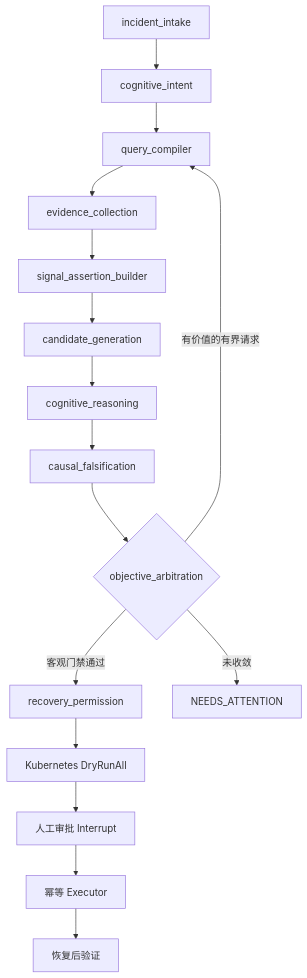
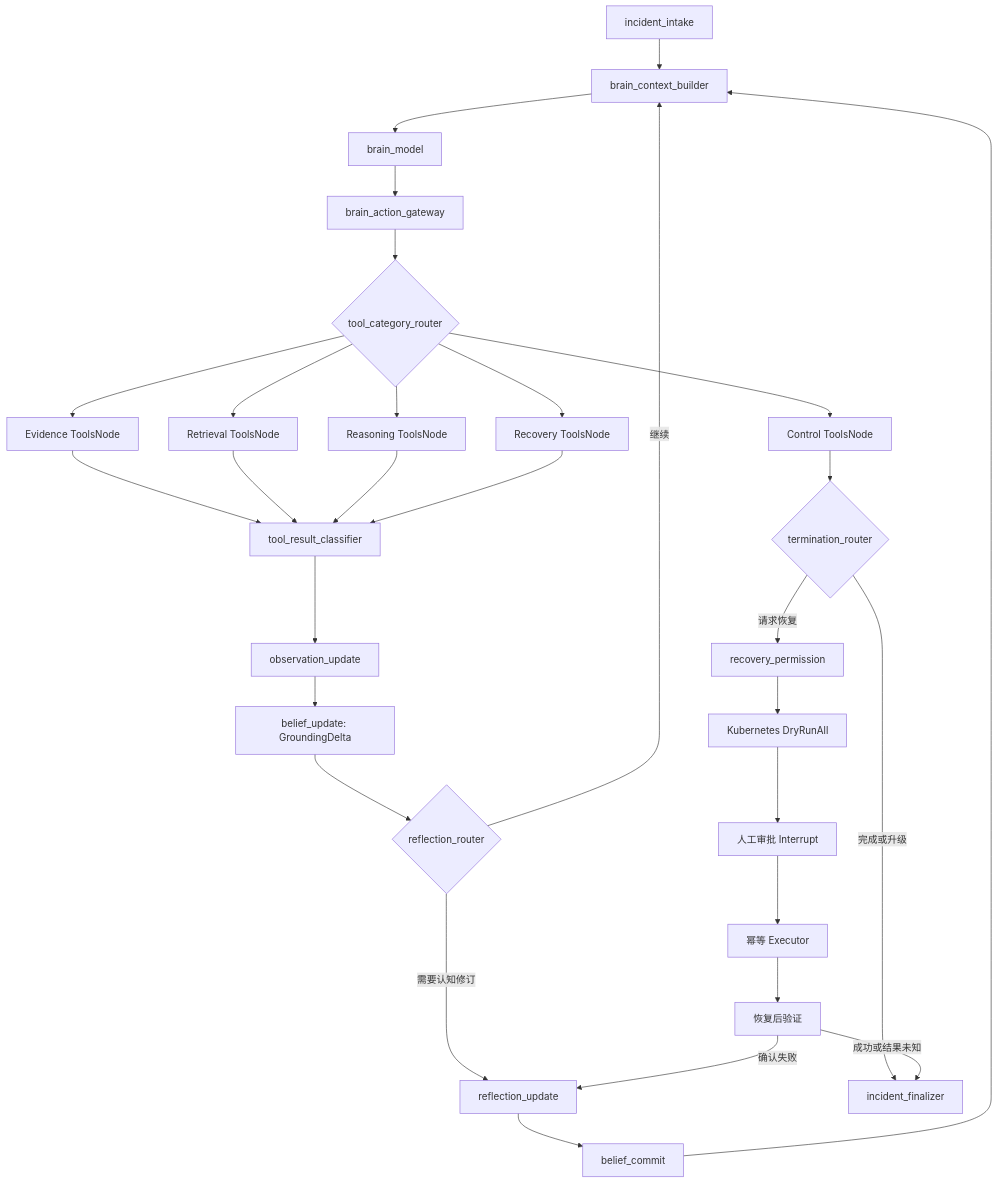
One commit to GongShichen/kubepilot-aiops changed the first of 2 diagrams in README.zh-CN.md. Above: the diagram before and after it, drawn with Mermaid. The commit also changed other lines of this file and 77 other files, not shown here.

````diff
--- a/README.zh-CN.md
+++ b/README.zh-CN.md
@@ -14,18 +14,32 @@
 ```mermaid
 flowchart TD
-    I["incident_intake"] --> CI["cognitive_intent"]
-    CI --> QC["query_compiler"]
-    QC --> EC["evidence_collection"]
-    EC --> SA["signal_assertion_builder"]
-    SA --> CG["candidate_generation"]
-    CG --> CR["cognitive_reasoning"]
-    CR --> CF["causal_falsification"]
-    CF --> OA{"objective_arbitration"}
-    OA -->|"有价值的有界请求"| QC
-    OA -->|"客观门禁通过"| RP["recovery_permission"]
-    OA -->|"未收敛"| H["NEEDS_ATTENTION"]
+    I["incident_intake"] --> C["brain_context_builder"]
+    C --> M["brain_model"]
+    M --> G["brain_action_gateway"]
+    G --> R{"tool_category_router"}
+    R --> E["Evidence ToolsNode"]
+    R --> K["Retrieval ToolsNode"]
+    R --> Q["Reasoning ToolsNode"]
+    R --> P["Recovery ToolsNode"]
+    R --> T["Control ToolsNode"]
+    E --> C1["tool_result_classifier"]
+    K --> C1
+    Q --> C1
+    P --> C1
+    C1 --> O["observation_update"]
+    O --> GD["belief_update: GroundingDelta"]
+    GD --> RR{"reflection_router"}
+    RR -->|"需要认知修订"| RF["reflection_update"]
+    RF --> BC["belief_commit"]
+    BC --> C
+    RR -->|"继续"| C
+    T --> TR{"termination_router"}
+    TR -->|"请求恢复"| RP["recovery_permission"]
+    TR -->|"完成或升级"| F["incident_finalizer"]
     RP --> DR["Kubernetes DryRunAll"]
     DR --> AP["人工审批 Interrupt"]
     AP --> EX["幂等 Executor"]
     EX --> V["恢复后验证"]
+    V -->|"确认失败"| RF
+    V -->|"成功或结果未知"| F
 ```
````
